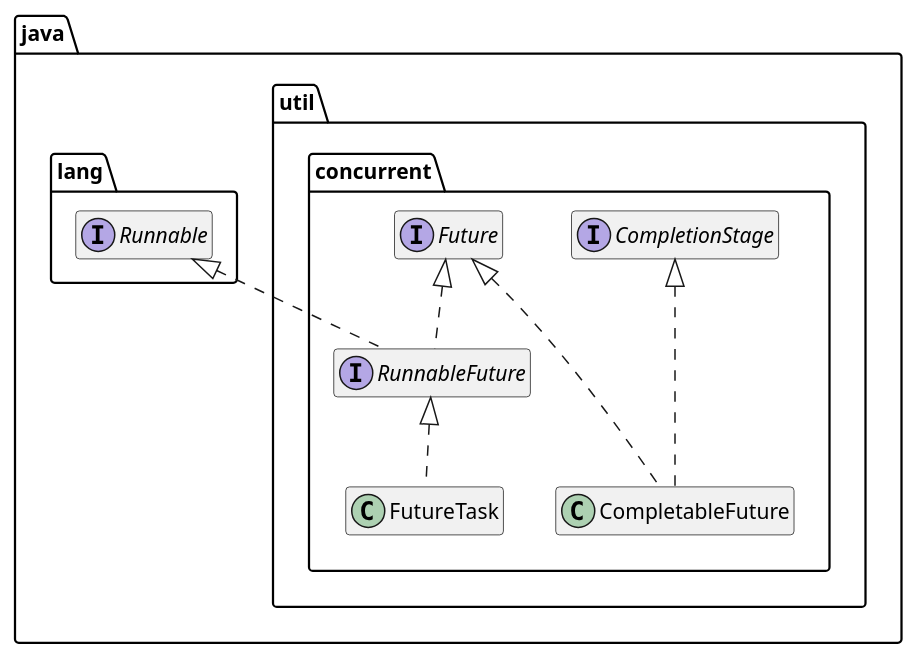
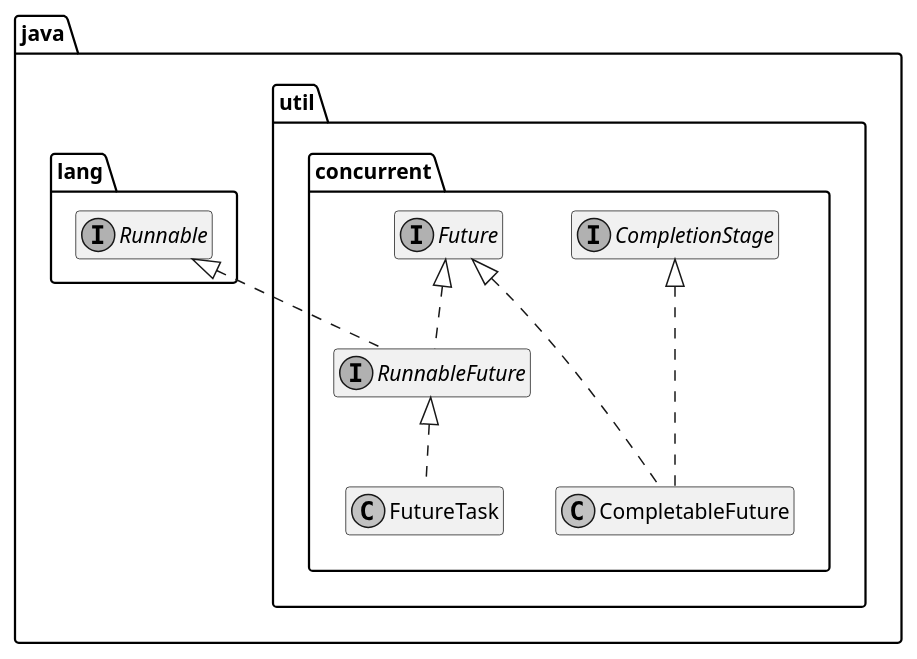
One commit to ti-cortex-m4/demo-java-completablefuture changed the diagram in images/class diagramm.puml. Above: the diagram before and after it, drawn with PlantUML. The commit also changed 2 other files, not shown here.

```diff
--- a/images/class diagramm.puml
+++ b/images/class diagramm.puml
@@ -1,27 +1,29 @@
 @startuml
+
+skinparam monochrome true
 
 together {
   interface java.util.concurrent.CompletionStage {}
 
   interface java.util.concurrent.Future {}
 }
 
 interface java.lang.Runnable {}
 
 interface java.util.concurrent.RunnableFuture {}
 
 together {
   class java.util.concurrent.FutureTask {}
 
   class java.util.concurrent.CompletableFuture {}
 }
 
 java.util.concurrent.CompletableFuture ..up.|>  java.util.concurrent.CompletionStage
 java.util.concurrent.CompletableFuture ..up.|>  java.util.concurrent.Future
 java.util.concurrent.FutureTask .up.|>  java.util.concurrent.RunnableFuture
 java.util.concurrent.RunnableFuture .up.|>  java.util.concurrent.Future
 java.util.concurrent.RunnableFuture .up.|>  java.lang.Runnable
 
 hide members
 
 @enduml
```
